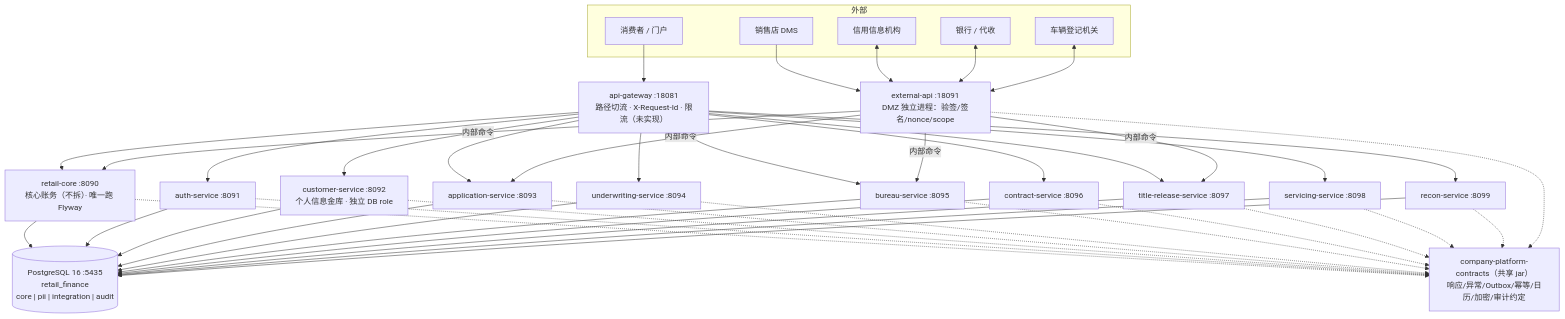
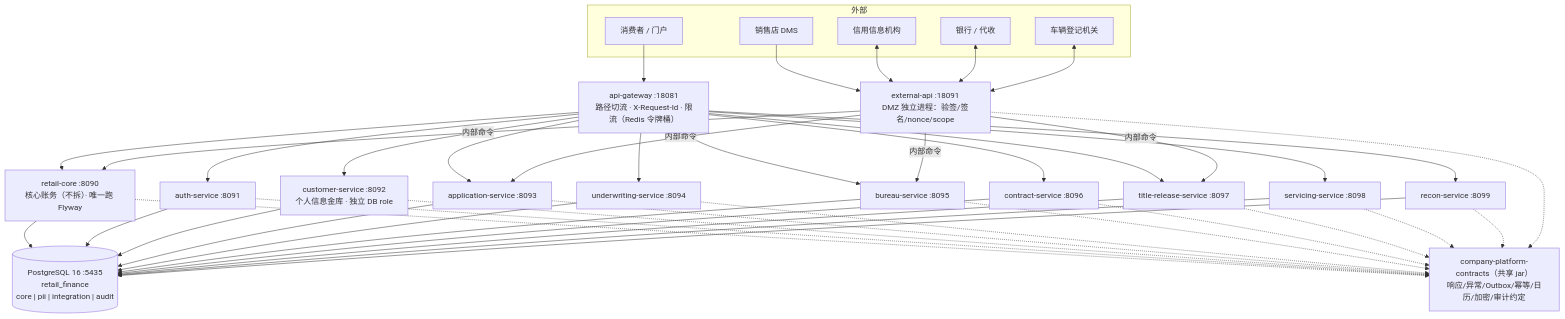
One commit to anehing-pixel/retail-finance-system changed the second of 3 diagrams in docs/R02-总体架构设计.md. Above: the diagram before and after it, drawn with Mermaid. The commit also changed other lines of this file and 56 other files, not shown here.

````diff
--- a/docs/R02-总体架构设计.md
+++ b/docs/R02-总体架构设计.md
@@ -78,34 +78,34 @@
 ```mermaid
 flowchart TB
   subgraph EXT["外部"]
     CUST[消费者 / 门户]
     DMS[销售店 DMS]
     BUR[信用信息机构]
     BANK[银行 / 代收]
     GOV[车辆登记机关]
   end
-  GW["api-gateway :18081<br/>路径切流 · X-Request-Id · 限流（未实现）"]
+  GW["api-gateway :18081<br/>路径切流 · X-Request-Id · 限流（Redis 令牌桶）"]
   DMZ["external-api :18091<br/>DMZ 独立进程：验签/签名/nonce/scope"]
   CORE["retail-core :8090<br/>核心账务（不拆）· 唯一跑 Flyway"]
   AUTH["auth-service :8091"]
   CUSTOMER["customer-service :8092<br/>个人信息金库 · 独立 DB role"]
   APP["application-service :8093"]
   UW["underwriting-service :8094"]
   BUREAU["bureau-service :8095"]
   CONTRACT["contract-service :8096"]
   TITLE["title-release-service :8097"]
   SERV["servicing-service :8098"]
   RECON["recon-service :8099"]
   DB[("PostgreSQL 16 :5435<br/>retail_finance<br/>core | pii | integration | audit")]
   PLAT["company-platform-contracts（共享 jar）<br/>响应/异常/Outbox/幂等/日历/加密/审计约定"]
 
   CUST --> GW
   DMS --> DMZ
   BUR <--> DMZ
   BANK <--> DMZ
   GOV <--> DMZ
   GW --> CORE & AUTH & CUSTOMER & APP & UW & BUREAU & CONTRACT & TITLE & SERV & RECON
   DMZ -->|内部命令| CORE & APP & BUREAU & TITLE
   CORE & AUTH & CUSTOMER & APP & UW & BUREAU & CONTRACT & TITLE & SERV & RECON --> DB
   CORE & AUTH & CUSTOMER & APP & UW & BUREAU & CONTRACT & TITLE & SERV & RECON & DMZ -.-> PLAT
 ```
````
